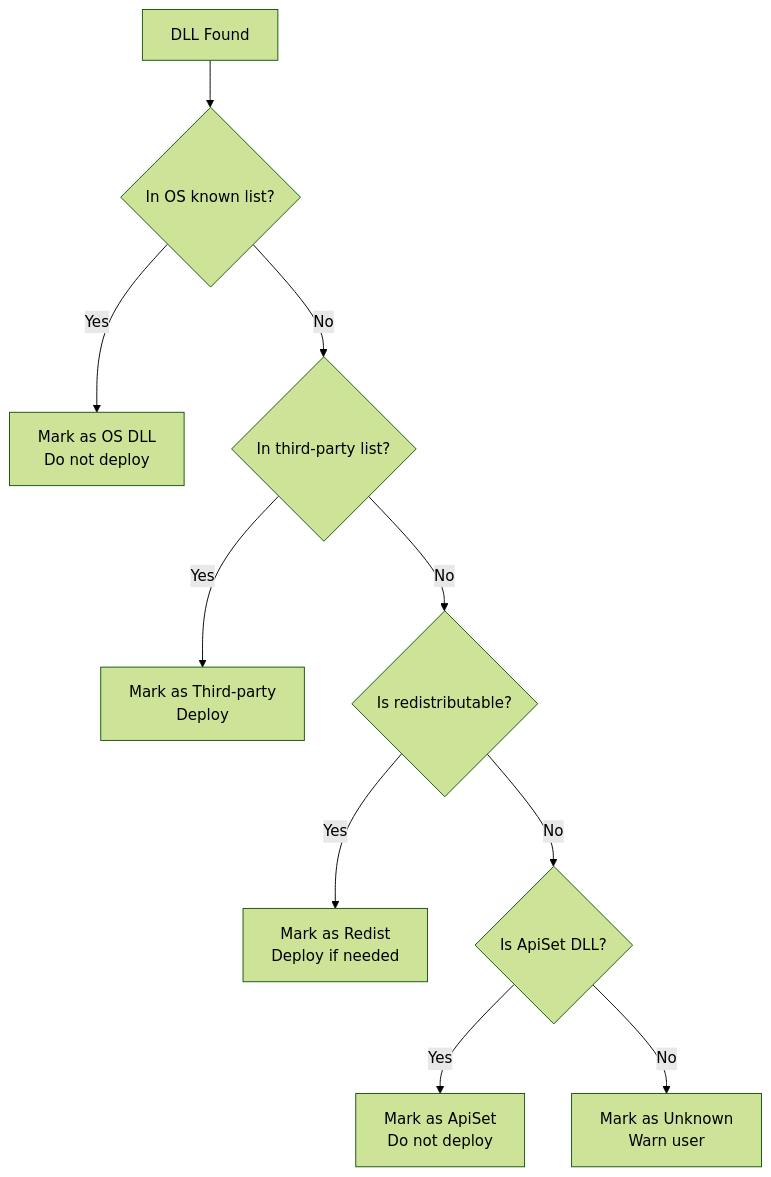
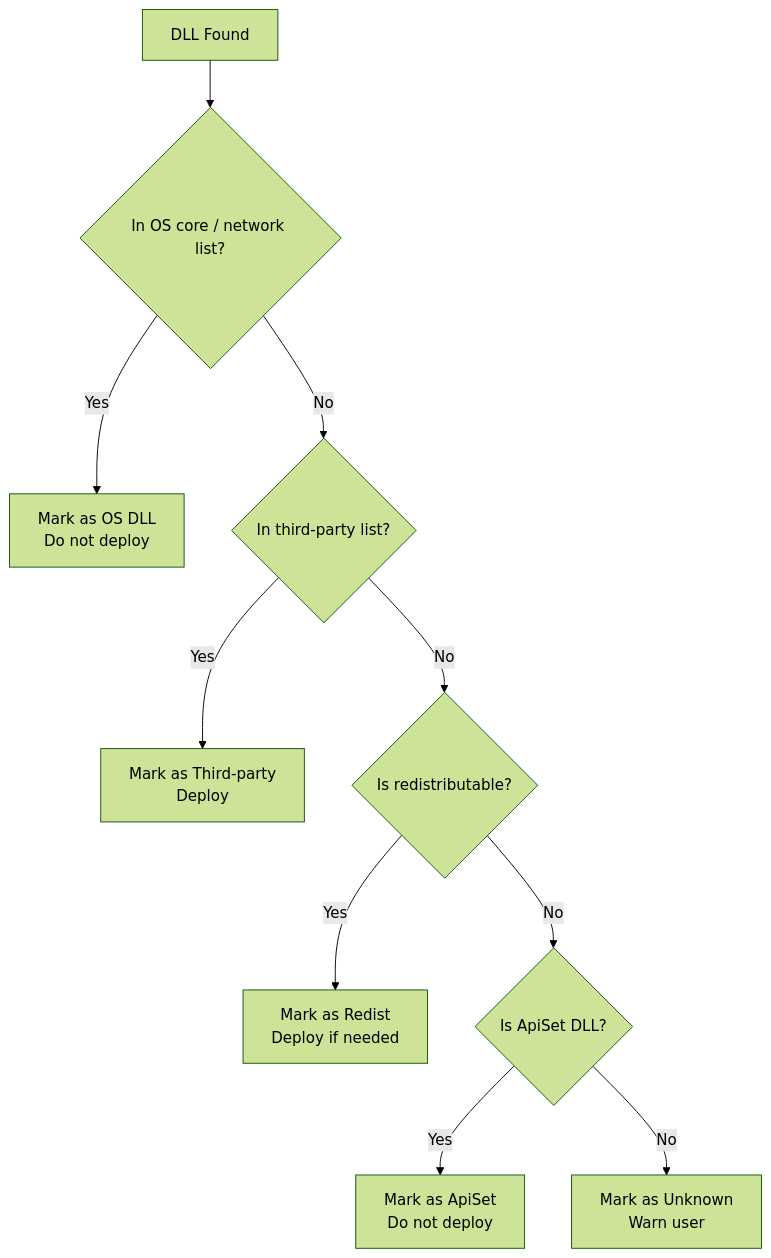
One commit to 2774326573/LibDeploy changed the third of 5 diagrams in README.md. Above: the diagram before and after it, drawn with Mermaid (forest theme). The commit also changed other lines of this file and 16 other files, not shown here.

````diff
--- a/README.md
+++ b/README.md
@@ -267,12 +287,12 @@
 ```mermaid
 flowchart TD
-    Start[DLL Found] --> IsKnownOS{In OS known list?}
+    Start[DLL Found] --> IsKnownOS{In OS core / network list?}
     IsKnownOS -->|Yes| OS[Mark as OS DLL<br/>Do not deploy]
     IsKnownOS -->|No| IsThirdParty{In third‑party list?}
     IsThirdParty -->|Yes| ThirdParty[Mark as Third‑party<br/>Deploy]
     IsThirdParty -->|No| IsRedist{Is redistributable?}
     IsRedist -->|Yes| Redist[Mark as Redist<br/>Deploy if needed]
     IsRedist -->|No| IsApiSet{Is ApiSet DLL?}
     IsApiSet -->|Yes| ApiSet[Mark as ApiSet<br/>Do not deploy]
     IsApiSet -->|No| Unknown[Mark as Unknown<br/>Warn user]
 ```
````
